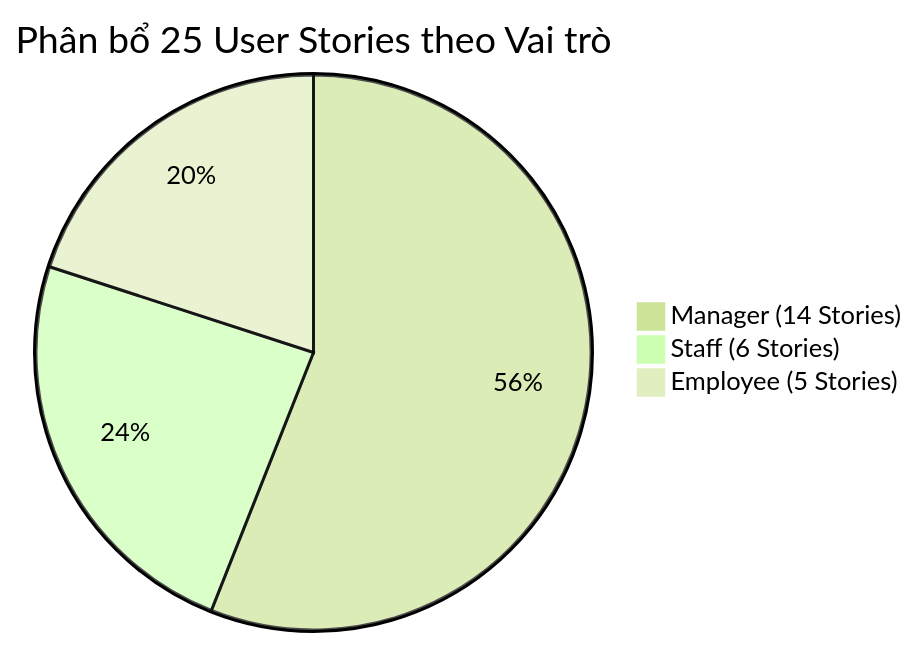
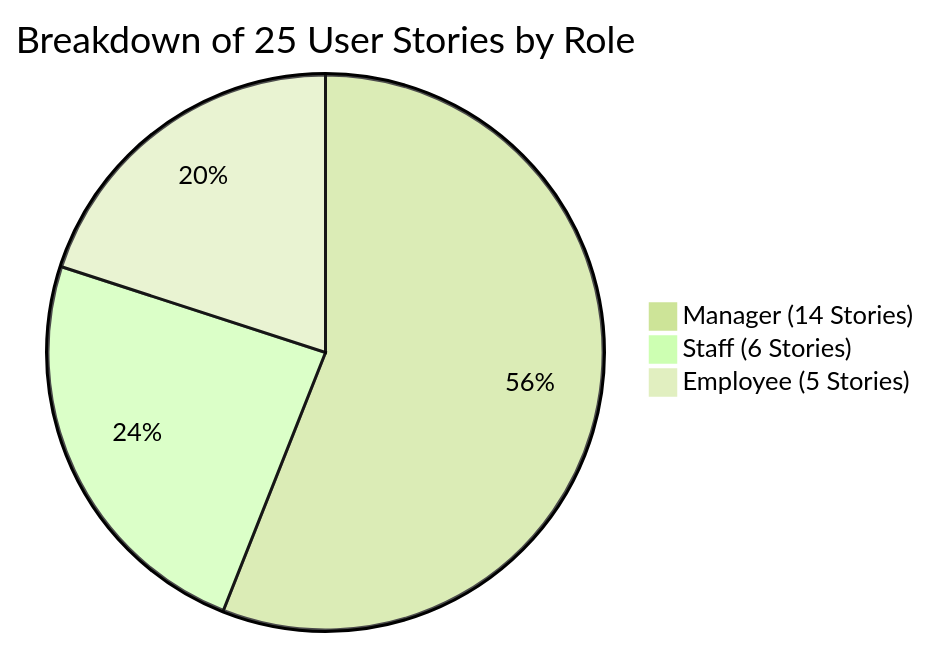
Before and after one commit to cuonglpv/VFast: the diagram in docs/03-user-stories.md, drawn with Mermaid (forest theme). The commit also changed other lines of this file and 1 other file, not shown here.

Commit message:
docs: translate MVP specification and user stories to English

````diff
--- a/docs/03-user-stories.md
+++ b/docs/03-user-stories.md
@@ -26,6 +26,6 @@
 ```mermaid
-pie title Phân bổ 25 User Stories theo Vai trò
+pie title Breakdown of 25 User Stories by Role
     "Manager (14 Stories)" : 14
     "Staff (6 Stories)" : 6
     "Employee (5 Stories)" : 5
 ```
````
